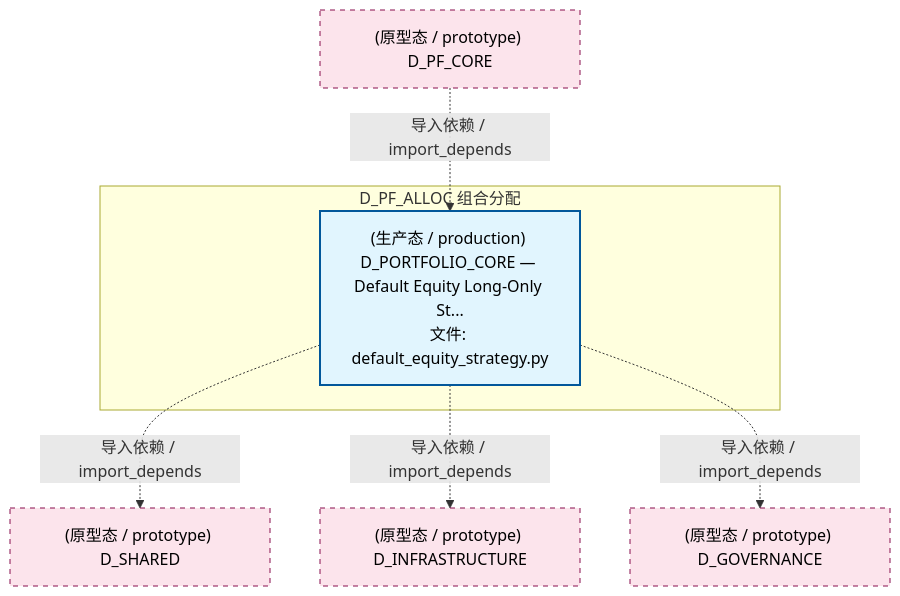
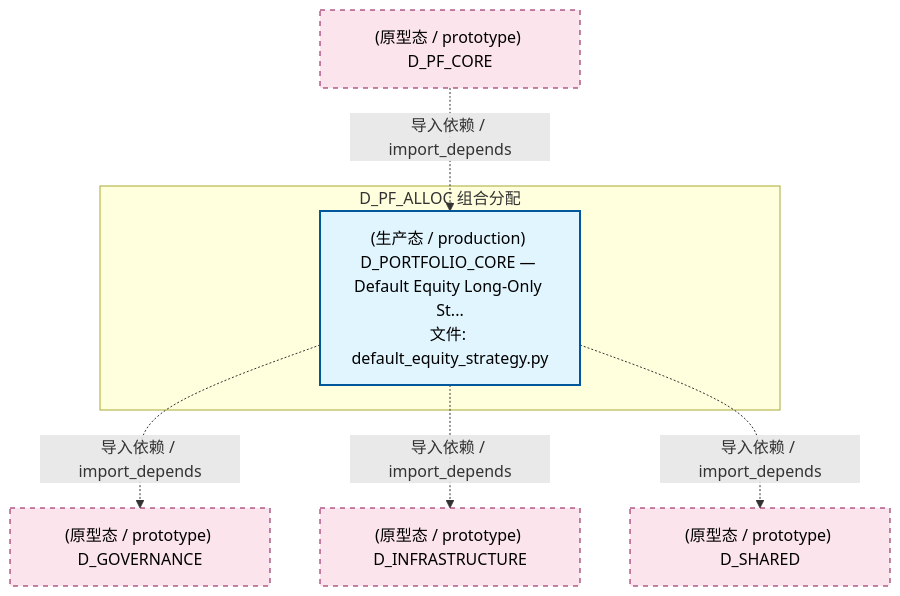
The second of 5 diagrams in docs/02_enterprise_architecture/02_domain_architecture_docs/51_d_pf_alloc.md (xuanFelixVan/ZephyrAlpha), drawn with Mermaid before and after one commit. The commit also changed other lines of this file and 125 other files, not shown here.

````diff
--- a/docs/02_enterprise_architecture/02_domain_architecture_docs/51_d_pf_alloc.md
+++ b/docs/02_enterprise_architecture/02_domain_architecture_docs/51_d_pf_alloc.md
@@ -110,20 +110,20 @@
 ```mermaid
 graph TD
     subgraph D_PF_ALLOC["D_PF_ALLOC 组合分配"]
         src_zephyr_pf_core_default_equity_strategy_py["(生产态 / production) D_PORTFOLIO_CORE — Default Equity Long-Only St...<br/>文件: default_equity_strategy.py"]
     end
+    D_GOVERNANCE["(原型态 / prototype) D_GOVERNANCE"]
+    src_zephyr_pf_core_default_equity_strategy_py -.->|导入依赖 / import_depends| D_GOVERNANCE
+    D_INFRASTRUCTURE["(原型态 / prototype) D_INFRASTRUCTURE"]
+    src_zephyr_pf_core_default_equity_strategy_py -.->|导入依赖 / import_depends| D_INFRASTRUCTURE
     D_SHARED["(原型态 / prototype) D_SHARED"]
     src_zephyr_pf_core_default_equity_strategy_py -.->|导入依赖 / import_depends| D_SHARED
-    D_INFRASTRUCTURE["(原型态 / prototype) D_INFRASTRUCTURE"]
-    src_zephyr_pf_core_default_equity_strategy_py -.->|导入依赖 / import_depends| D_INFRASTRUCTURE
-    D_GOVERNANCE["(原型态 / prototype) D_GOVERNANCE"]
-    src_zephyr_pf_core_default_equity_strategy_py -.->|导入依赖 / import_depends| D_GOVERNANCE
     D_PF_CORE["(原型态 / prototype) D_PF_CORE"]
     D_PF_CORE -.->|导入依赖 / import_depends| src_zephyr_pf_core_default_equity_strategy_py
     classDef production fill:#e1f5fe,stroke:#01579b,stroke-width:2px,color:#000
     classDef design fill:#fff3e0,stroke:#e65100,stroke-width:2px,color:#000,stroke-dasharray: 5 5
     classDef external_prod fill:#e8f5e9,stroke:#1b5e20,stroke-width:1px,color:#000
     classDef external_design fill:#fce4ec,stroke:#880e4f,stroke-width:1px,color:#000,stroke-dasharray: 5 5
     class src_zephyr_pf_core_default_equity_strategy_py production
-    class D_SHARED,D_INFRASTRUCTURE,D_GOVERNANCE,D_PF_CORE external_design
+    class D_GOVERNANCE,D_INFRASTRUCTURE,D_SHARED,D_PF_CORE external_design
 ```
````
